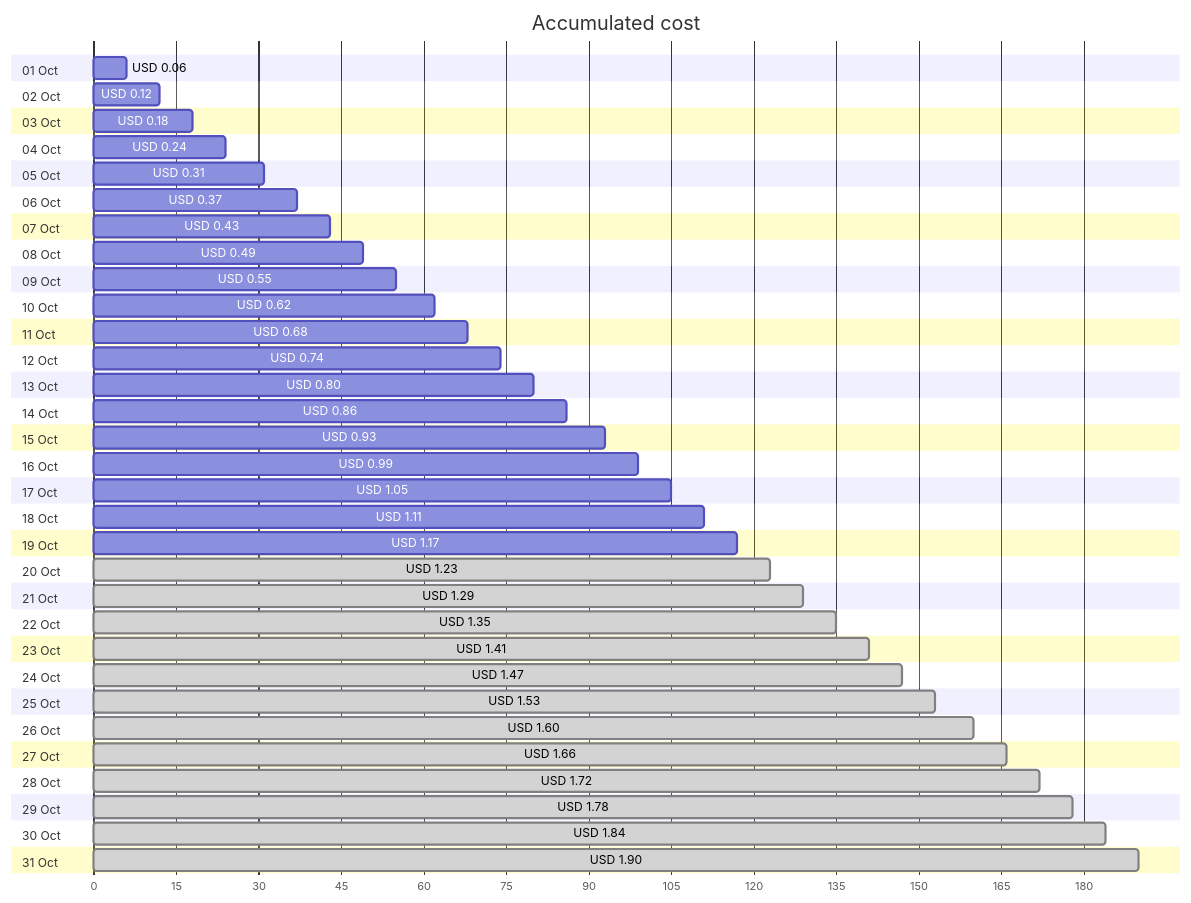
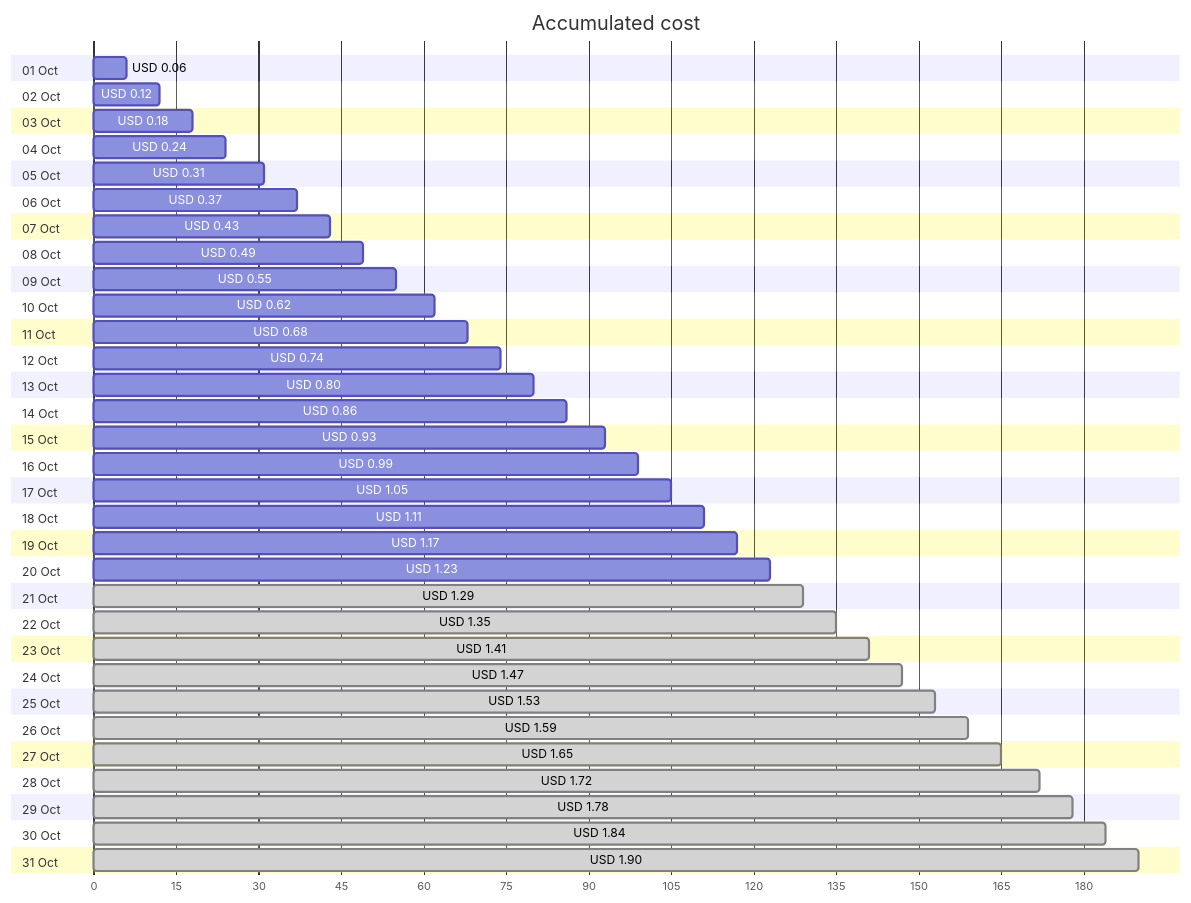
The first of 4 diagrams in cost-reports/personal-network/backup-server_OsDisk.md (jpfulton/azure-personal-reports), drawn with Mermaid before and after one commit. The commit also changed other lines of this file and 8 other files, not shown here.

````diff
--- a/cost-reports/personal-network/backup-server_OsDisk.md
+++ b/cost-reports/personal-network/backup-server_OsDisk.md
@@ -20,68 +20,68 @@
 ```mermaid
 gantt
    title Accumulated cost
    dateFormat  X
    axisFormat %s
    section 01 Oct
    USD 0.06 :0, 6
    section 02 Oct
    USD 0.12 :0, 12
    section 03 Oct
    USD 0.18 :0, 18
    section 04 Oct
    USD 0.24 :0, 24
    section 05 Oct
    USD 0.31 :0, 31
    section 06 Oct
    USD 0.37 :0, 37
    section 07 Oct
    USD 0.43 :0, 43
    section 08 Oct
    USD 0.49 :0, 49
    section 09 Oct
    USD 0.55 :0, 55
    section 10 Oct
    USD 0.62 :0, 62
    section 11 Oct
    USD 0.68 :0, 68
    section 12 Oct
    USD 0.74 :0, 74
    section 13 Oct
    USD 0.80 :0, 80
    section 14 Oct
    USD 0.86 :0, 86
    section 15 Oct
    USD 0.93 :0, 93
    section 16 Oct
    USD 0.99 :0, 99
    section 17 Oct
    USD 1.05 :0, 105
    section 18 Oct
    USD 1.11 :0, 111
    section 19 Oct
    USD 1.17 :0, 117
    section 20 Oct
-   USD 1.23 : done, 0, 123
+   USD 1.23 :0, 123
    section 21 Oct
    USD 1.29 : done, 0, 129
    section 22 Oct
    USD 1.35 : done, 0, 135
    section 23 Oct
    USD 1.41 : done, 0, 141
    section 24 Oct
    USD 1.47 : done, 0, 147
    section 25 Oct
    USD 1.53 : done, 0, 153
    section 26 Oct
-   USD 1.60 : done, 0, 160
+   USD 1.59 : done, 0, 159
    section 27 Oct
-   USD 1.66 : done, 0, 166
+   USD 1.65 : done, 0, 165
    section 28 Oct
    USD 1.72 : done, 0, 172
    section 29 Oct
    USD 1.78 : done, 0, 178
    section 30 Oct
    USD 1.84 : done, 0, 184
    section 31 Oct
    USD 1.90 : done, 0, 190
 ```
````
